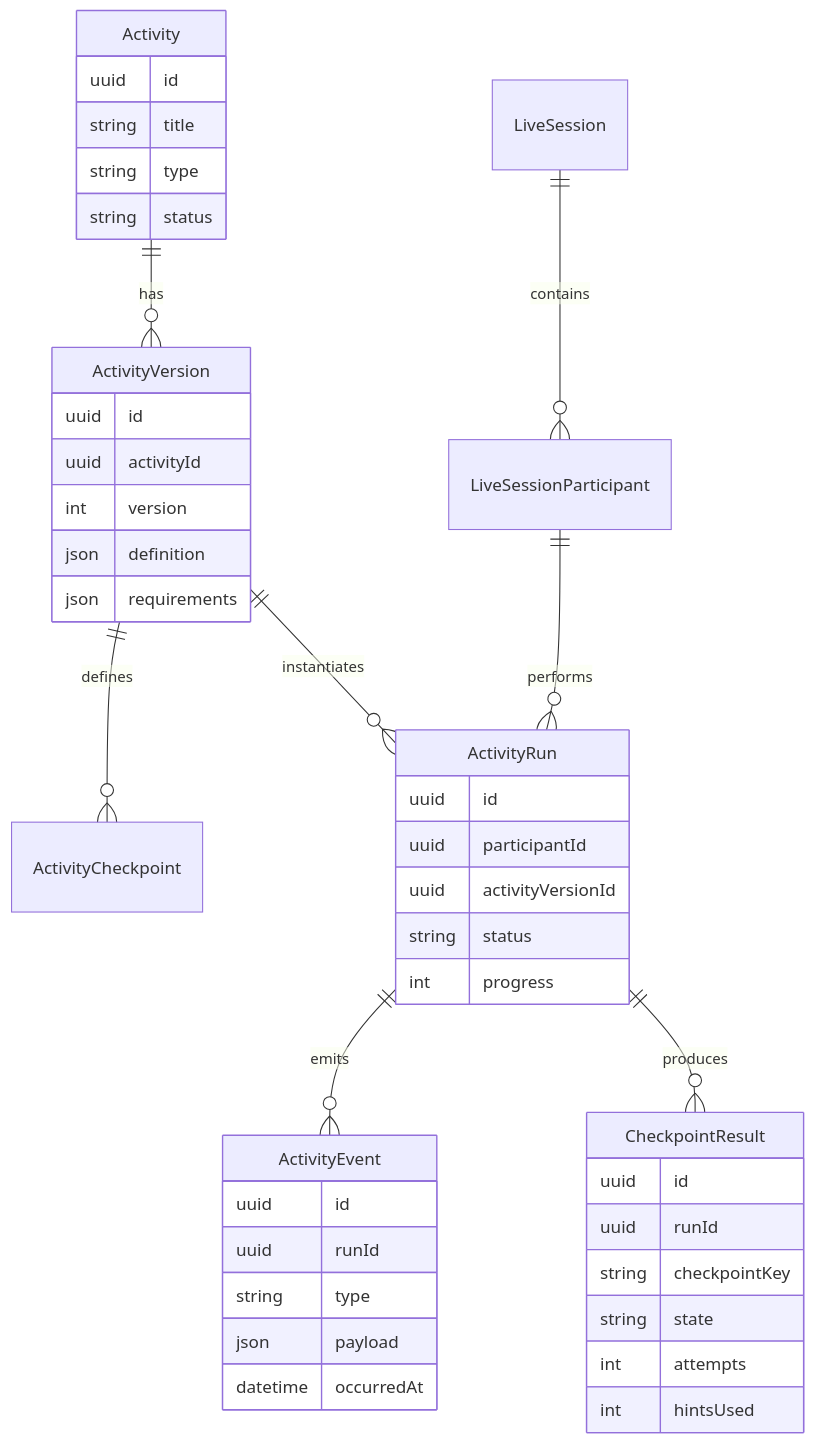
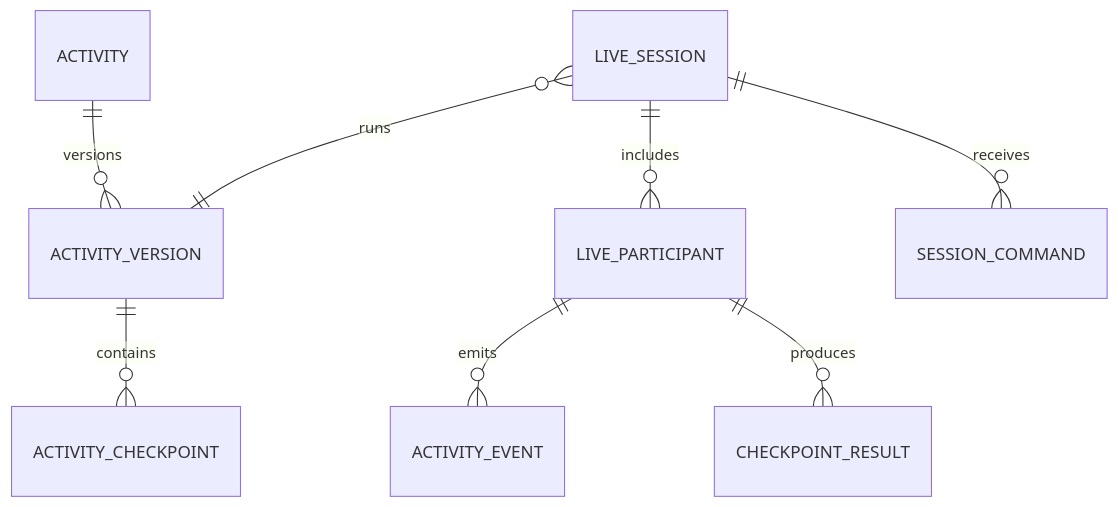
The sixth of 6 diagrams in docs/interactive-it-lab/README.md (KadlecekTomas/SkillStorm), drawn with Mermaid before and after one commit. The commit also changed other lines of this file, not shown here.

````diff
--- a/docs/interactive-it-lab/README.md
+++ b/docs/interactive-it-lab/README.md
@@ -570,50 +816,10 @@
 ```mermaid
 erDiagram
-    Activity ||--o{ ActivityVersion : has
-    ActivityVersion ||--o{ ActivityCheckpoint : defines
-    LiveSession ||--o{ LiveSessionParticipant : contains
-    LiveSessionParticipant ||--o{ ActivityRun : performs
-    ActivityRun ||--o{ ActivityEvent : emits
-    ActivityRun ||--o{ CheckpointResult : produces
-    ActivityVersion ||--o{ ActivityRun : instantiates
-
-    Activity {
-      uuid id
-      string title
-      string type
-      string status
-    }
-
-    ActivityVersion {
-      uuid id
-      uuid activityId
-      int version
-      json definition
-      json requirements
-    }
-
-    ActivityRun {
-      uuid id
-      uuid participantId
-      uuid activityVersionId
-      string status
-      int progress
-    }
-
-    ActivityEvent {
-      uuid id
-      uuid runId
-      string type
-      json payload
-      datetime occurredAt
-    }
-
-    CheckpointResult {
-      uuid id
-      uuid runId
-      string checkpointKey
-      string state
-      int attempts
-      int hintsUsed
-    }
+    ACTIVITY ||--o{ ACTIVITY_VERSION : versions
+    ACTIVITY_VERSION ||--o{ ACTIVITY_CHECKPOINT : contains
+    LIVE_SESSION }o--|| ACTIVITY_VERSION : runs
+    LIVE_SESSION ||--o{ LIVE_PARTICIPANT : includes
+    LIVE_PARTICIPANT ||--o{ ACTIVITY_EVENT : emits
+    LIVE_PARTICIPANT ||--o{ CHECKPOINT_RESULT : produces
+    LIVE_SESSION ||--o{ SESSION_COMMAND : receives
 ```
````
